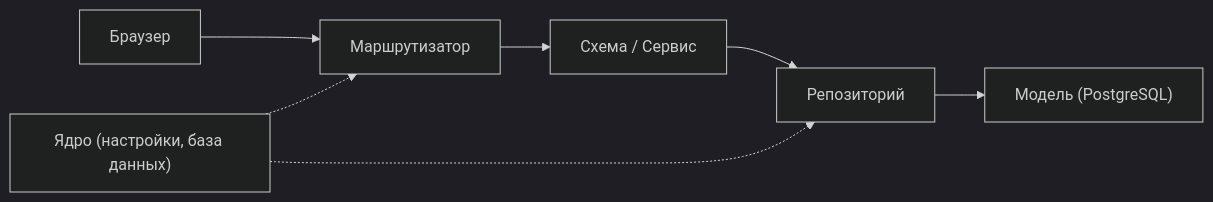
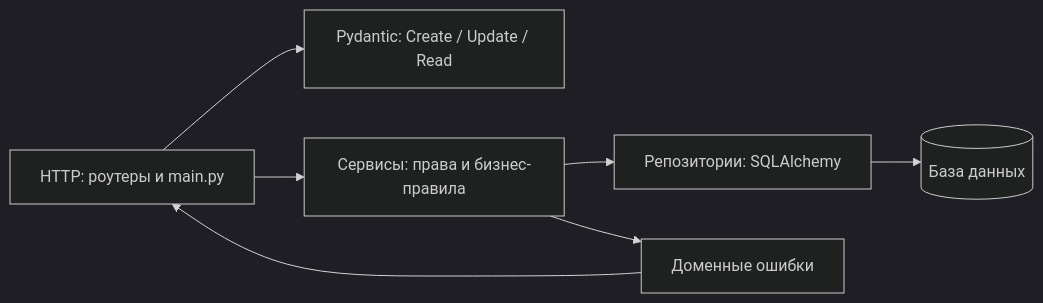
The diagram in docs/layers.md (svetlanashegay-commits/Delul), drawn with Mermaid (dark theme) before and after one commit. The commit also changed other lines of this file and 4 other files, not shown here.

Commit message:
Document lesson nine architecture and verification

````diff
--- a/docs/layers.md
+++ b/docs/layers.md
@@ -1,9 +3,9 @@
 ```mermaid
 flowchart LR
-    Browser["Браузер"] --> Router["Маршрутизатор"]
-    Router --> Logic["Схема / Сервис"]
-    Logic --> Repository["Репозиторий"]
-    Repository --> Model["Модель (PostgreSQL)"]
-    Core["Ядро (настройки, база данных)"] -.-> Router
-    Core -.-> Repository
+    HTTP["HTTP: роутеры и main.py"] --> Schema["Pydantic: Create / Update / Read"]
+    HTTP --> Service["Сервисы: права и бизнес-правила"]
+    Service --> Repository["Репозитории: SQLAlchemy"]
+    Repository --> DB[("База данных")]
+    Service --> Error["Доменные ошибки"]
+    Error --> HTTP
 ```
````
